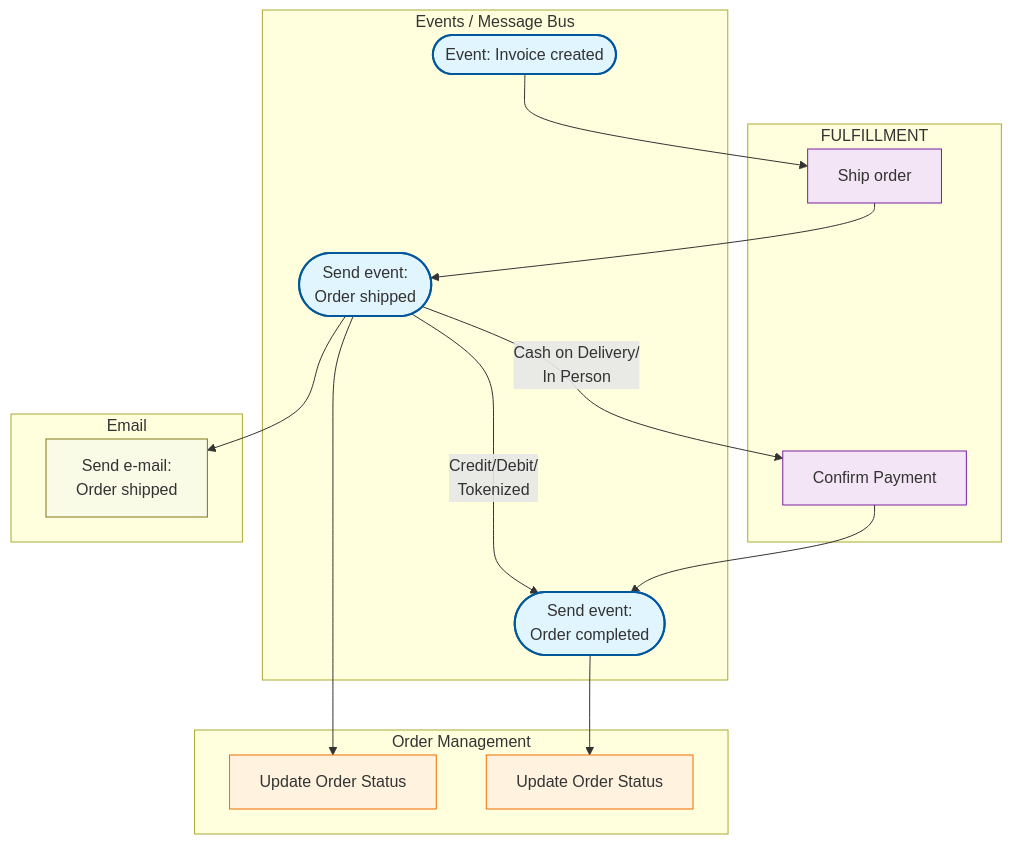
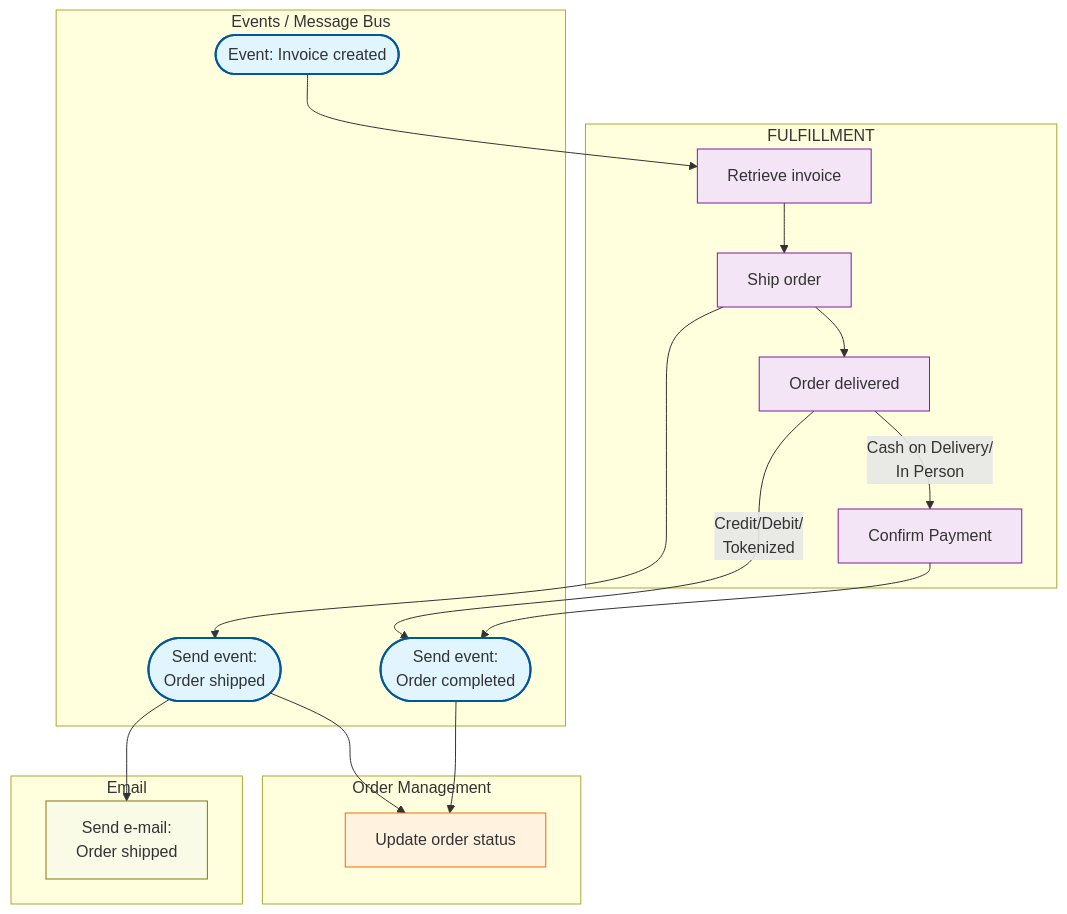
Before and after one commit to RobertoFreireDev/Order-Management: the fourth of 4 diagrams in README.md, drawn with Mermaid.

Commit message:
update Order Deliver

````diff
--- a/README.md
+++ b/README.md
@@ -154,46 +154,49 @@
 ```mermaid
 flowchart TD
     %% Subgraph Styling
     classDef event fill:#e1f5fe,stroke:#01579b,stroke-width:2px;
     classDef order fill:#fff3e0,stroke:#ef6c00,stroke-width:1px;
     classDef fulfill fill:#f3e5f5,stroke:#7b1fa2,stroke-width:1px;
     classDef note fill:#f9fbe7,stroke:#827717,stroke-width:1px;
 
     subgraph Fulfillment [FULFILLMENT]
+        S1[Retrieve invoice]
         U[Ship order]
+        U1[Order delivered]
         Q[Confirm Payment]
     end
 
     subgraph Events [Events / Message Bus]
         S([Event: Invoice created])
         P([Send event:<br/>Order shipped])
         W([Send event:<br/>Order completed])
     end
 
     subgraph Order_Management [Order Management]
-        N[Update Order Status]
-        R[Update Order Status]
+        N[Update order status]
     end
 
     subgraph Email [Email]
         O[Send e-mail:<br/> Order shipped]
     end
 
     %% Shipping Flow
-    S --> U
+    S --> S1
+    S1 --> U
     U --> P
+    U --> U1
     
     %% Final Updates
     P --> O
     P --> N
-    P --> |"Cash on Delivery/<br/>In Person"| Q
-    P --> |"Credit/Debit/<br/>Tokenized"| W
+    U1 --> |"Cash on Delivery/<br/>In Person"| Q
+    U1 --> |"Credit/Debit/<br/>Tokenized"| W
     Q --> W
-    W --> R
+    W --> N
 
     %% Class Assignments
     class S,P,W event;
-    class U,Q fulfill
+    class U,U1,S1,Q fulfill
     class N,R order;
     class O note;
 ```
````
